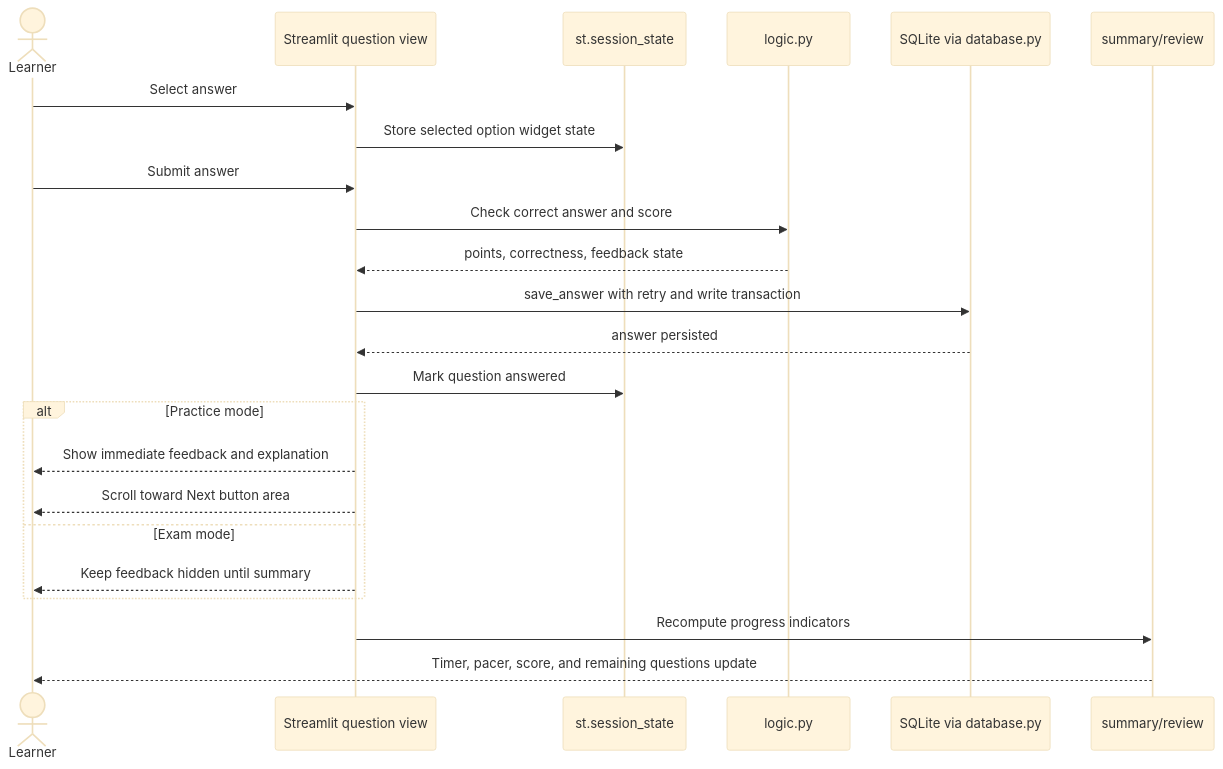
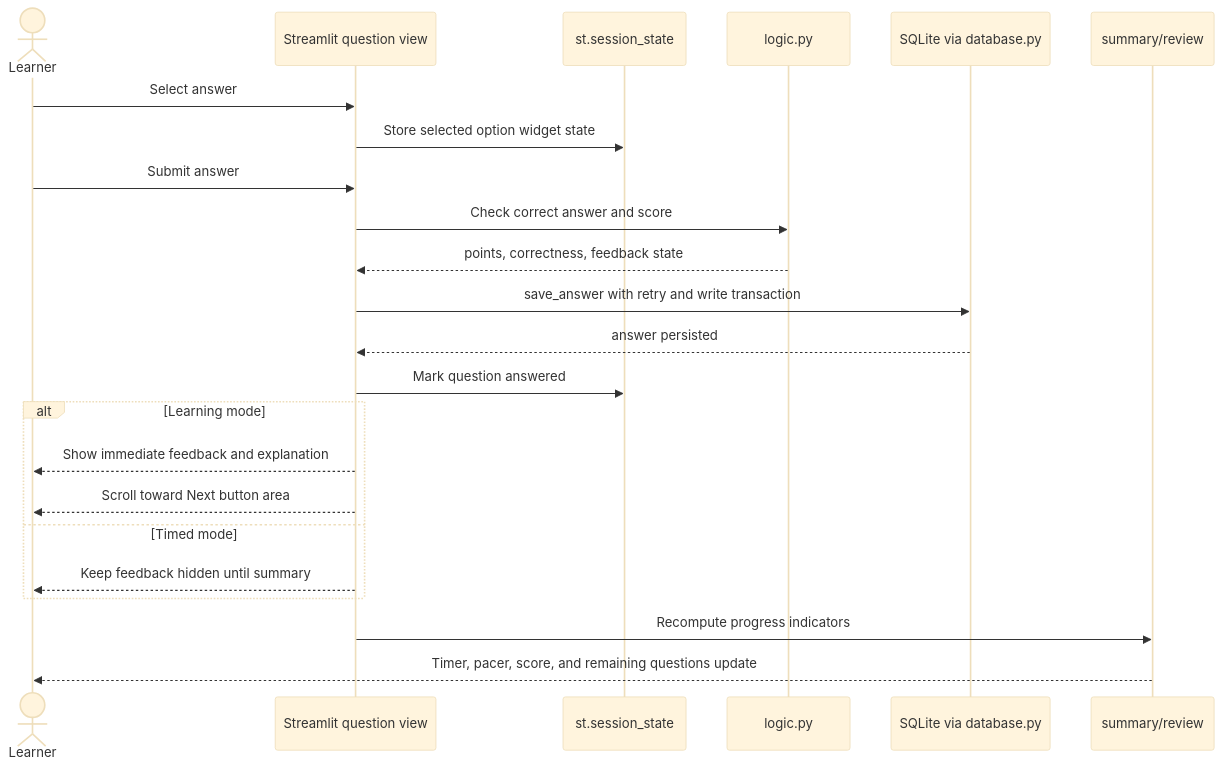
The fourth of 9 diagrams in docs/diagrams/mc-test-mermaid.md (kqc-real/streamlit), drawn with Mermaid (base theme) before and after one commit. The commit also changed other lines of this file and 13 other files, not shown here.

````diff
--- a/docs/diagrams/mc-test-mermaid.md
+++ b/docs/diagrams/mc-test-mermaid.md
@@ -133,28 +133,28 @@
 ```mermaid
 sequenceDiagram
     actor Learner
     participant UI as Streamlit question view
     participant State as st.session_state
     participant Logic as logic.py
     participant DB as SQLite via database.py
     participant Summary as summary/review
 
     Learner->>UI: Select answer
     UI->>State: Store selected option widget state
     Learner->>UI: Submit answer
     UI->>Logic: Check correct answer and score
     Logic-->>UI: points, correctness, feedback state
     UI->>DB: save_answer with retry and write transaction
     DB-->>UI: answer persisted
     UI->>State: Mark question answered
 
-    alt Practice mode
+    alt Learning mode
         UI-->>Learner: Show immediate feedback and explanation
         UI-->>Learner: Scroll toward Next button area
-    else Exam mode
+    else Timed mode
         UI-->>Learner: Keep feedback hidden until summary
     end
 
     UI->>Summary: Recompute progress indicators
     Summary-->>Learner: Timer, pacer, score, and remaining questions update
 ```
````
